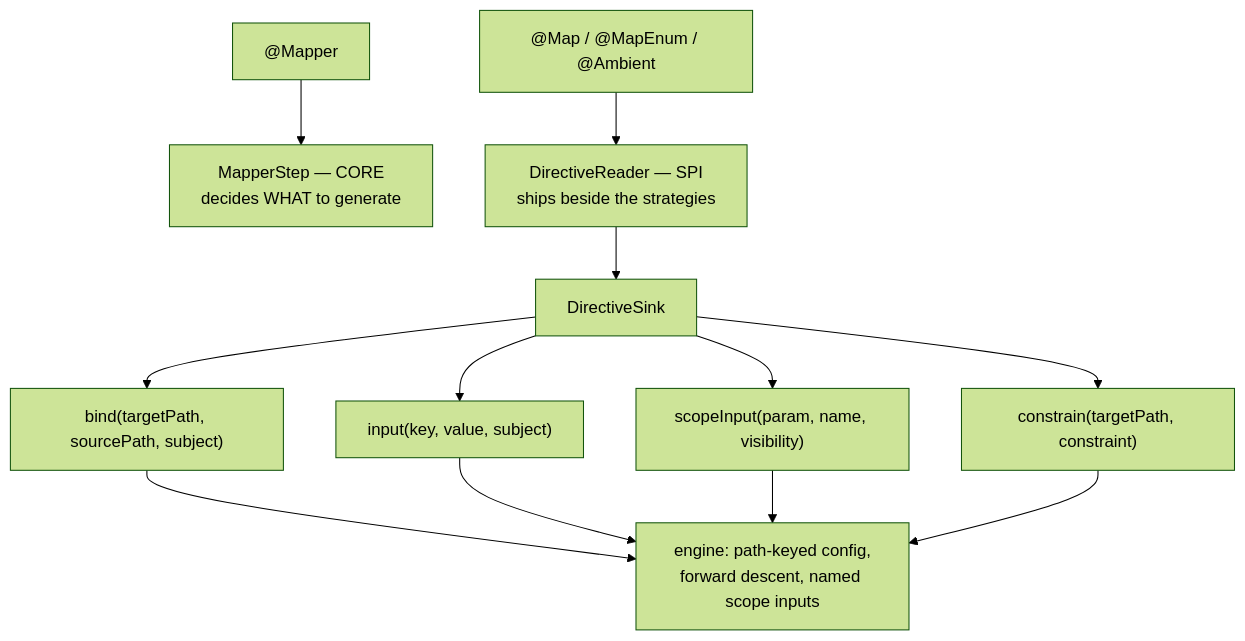
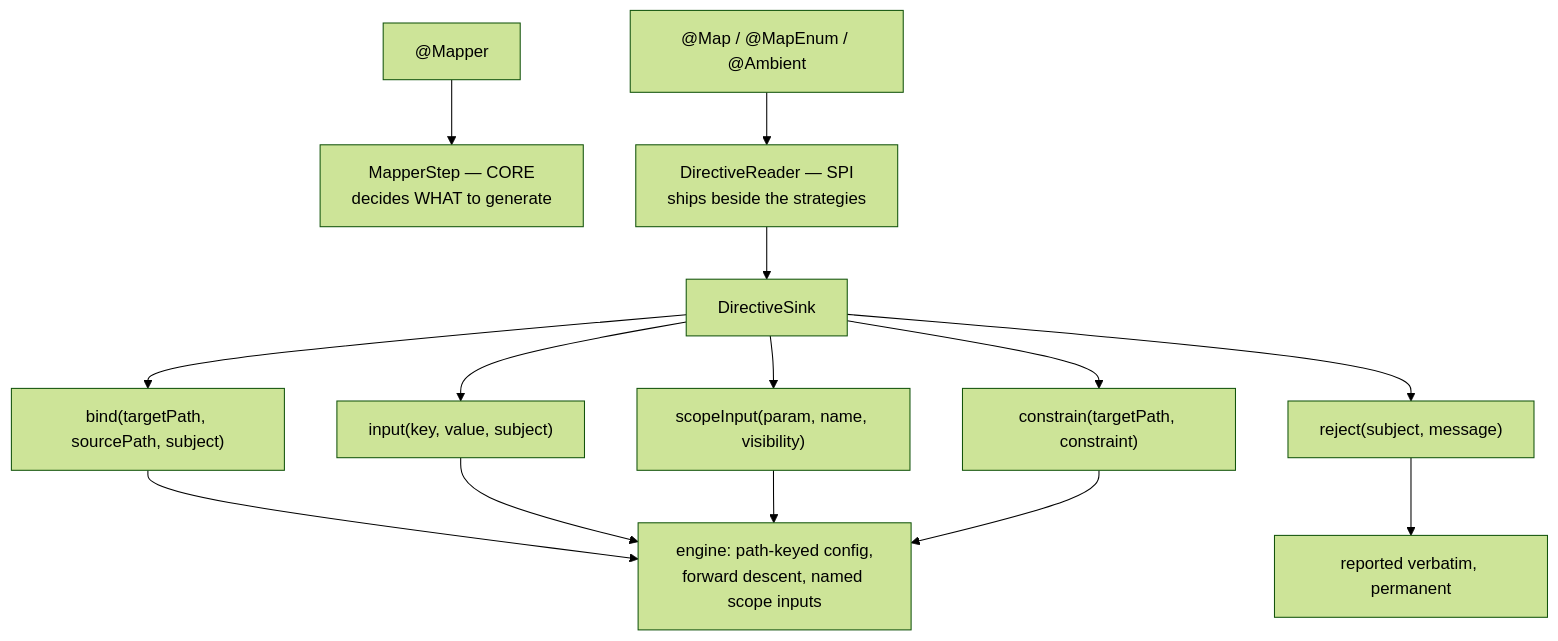
One commit to joke/percolate changed the fifth of 7 diagrams in openspec/changes/decouple-engine-from-strategy-semantics/design.md. Above: the diagram before and after it, drawn with Mermaid (forest theme). The commit also changed other lines of this file and 45 other files, not shown here.

````diff
--- a/openspec/changes/decouple-engine-from-strategy-semantics/design.md
+++ b/openspec/changes/decouple-engine-from-strategy-semantics/design.md
@@ -236,14 +236,16 @@
 ```mermaid
 flowchart TD
   M["@Mapper"] --> CORE["MapperStep — CORE<br/>decides WHAT to generate"]
   A["@Map / @MapEnum / @Ambient"] --> RD["DirectiveReader — SPI<br/>ships beside the strategies"]
   RD --> SINK["DirectiveSink"]
   SINK --> B1["bind(targetPath, sourcePath, subject)"]
   SINK --> B2["input(key, value, subject)"]
   SINK --> B3["scopeInput(param, name, visibility)"]
   SINK --> B4["constrain(targetPath, constraint)"]
+  SINK --> B5["reject(subject, message)"]
   B1 --> ENG["engine: path-keyed config,<br/>forward descent, named scope inputs"]
   B2 --> ENG
   B3 --> ENG
   B4 --> ENG
+  B5 --> DIAG["reported verbatim, permanent"]
 ```
````
